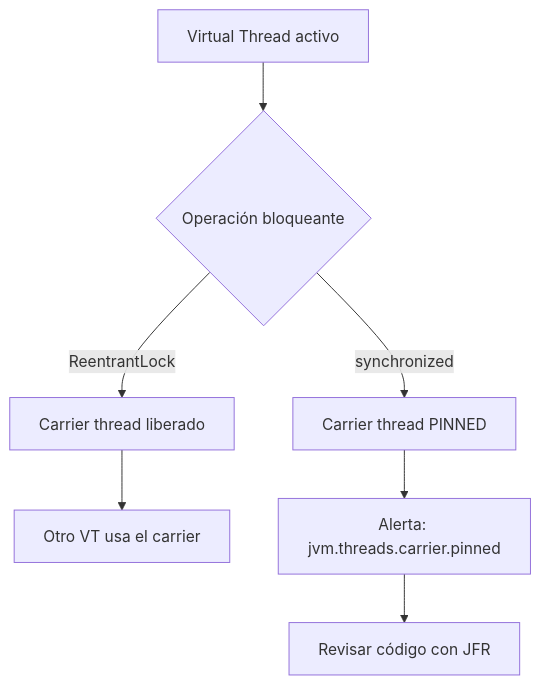
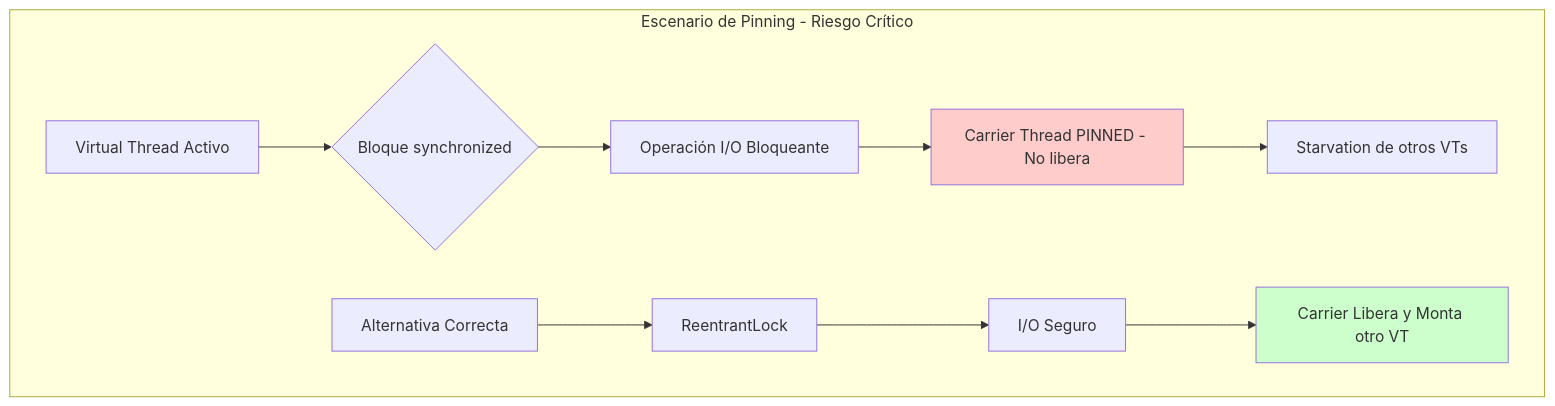
The third of 5 diagrams in 01_Java_Core/java_21_virtual_threads_STAFF.md (Joaquinriosheredia/DAM-Java-Mastery), drawn with Mermaid before and after one commit. The commit also changed other lines of this file, not shown here.

Commit message:
java_21_virtual_threads_STAFF.md

````diff
--- a/01_Java_Core/java_21_virtual_threads_STAFF.md
+++ b/01_Java_Core/java_21_virtual_threads_STAFF.md
@@ -196,9 +128,16 @@
 ```mermaid
 graph TD
-    A[Virtual Thread activo] --> B{Operación bloqueante}
-    B -->|ReentrantLock| C[Carrier thread liberado]
-    B -->|synchronized| D[Carrier thread PINNED]
-    C --> E[Otro VT usa el carrier]
-    D --> F[Alerta: jvm.threads.carrier.pinned]
-    F --> G[Revisar código con JFR]
+    subgraph "Escenario de Pinning - Riesgo Crítico"
+        VT[Virtual Thread Activo] --> SYNC{Bloque synchronized}
+        SYNC --> IO[Operación I/O Bloqueante]
+        IO --> PINNED[Carrier Thread PINNED - No libera]
+        PINNED --> STARVATION[Starvation de otros VTs]
+        
+        STYLE_CORRECT[Alternativa Correcta] --> LOCK[ReentrantLock]
+        LOCK --> IO_SAFE[I/O Seguro]
+        IO_SAFE --> UNMOUNT[Carrier Libera y Monta otro VT]
+        
+        style PINNED fill:#ffcccc
+        style UNMOUNT fill:#ccffcc
+    end
 ```
````
